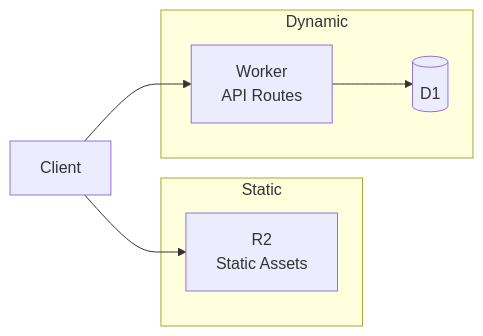
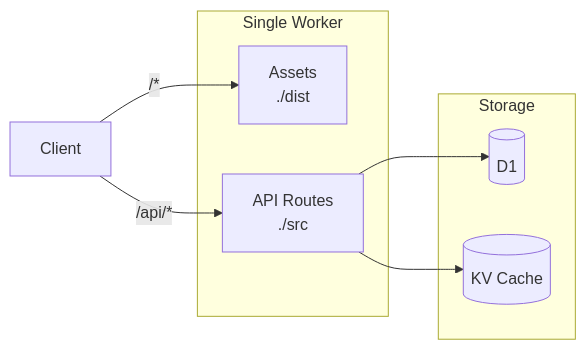
The sixth of 11 diagrams in skills/architect/SKILL.md (littlebearapps/cloudflare-engineer), drawn with Mermaid before and after one commit. The commit also changed other lines of this file and 14 other files, not shown here.

````diff
--- a/skills/architect/SKILL.md
+++ b/skills/architect/SKILL.md
@@ -389,13 +728,16 @@
 ```mermaid
 graph LR
-    subgraph "Static"
-        Assets[R2<br/>Static Assets]
+    subgraph "Single Worker"
+        Assets[Assets<br/>./dist]
+        API[API Routes<br/>./src]
     end
-    subgraph "Dynamic"
-        W[Worker<br/>API Routes]
+    subgraph "Storage"
         D1[(D1)]
+        KV[(KV Cache)]
     end
 
-    Client --> Assets
-    Client --> W --> D1
+    Client -->|/*| Assets
+    Client -->|/api/*| API
+    API --> D1
+    API --> KV
 ```
````
